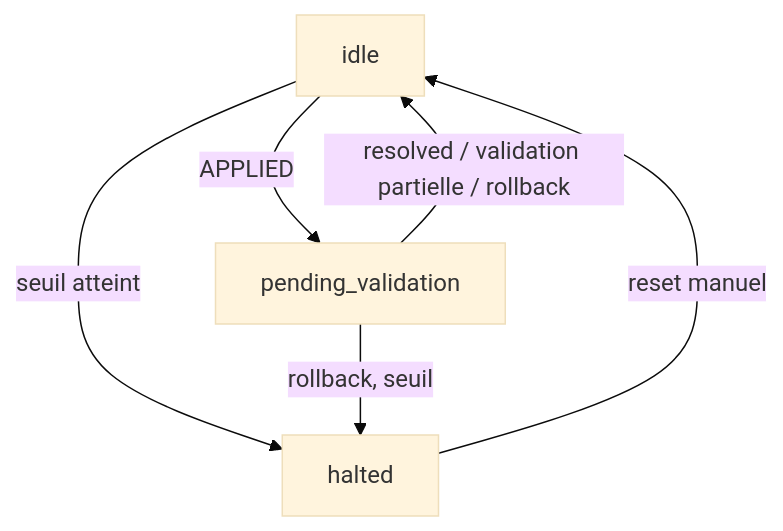
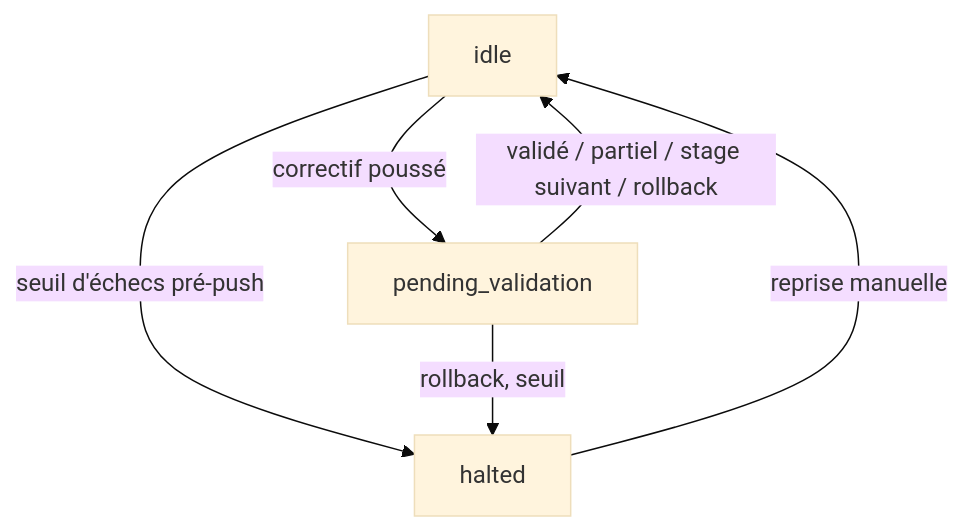
Before and after one commit to leuwen-lc/rhdemo: the first of 2 diagrams in rhDemo/docs/FIXCVE_AUTO.md, drawn with Mermaid (base theme). The commit also changed other lines of this file and 3 other files, not shown here.

````diff
--- a/rhDemo/docs/FIXCVE_AUTO.md
+++ b/rhDemo/docs/FIXCVE_AUTO.md
@@ -129,12 +97,12 @@
 ```mermaid
 flowchart TD
     IDLE["idle"]
     PEND["pending_validation"]
     HALT["halted"]
 
-    IDLE -- APPLIED --> PEND
-    PEND -- "resolved / validation partielle / rollback" --> IDLE
-    IDLE -- "seuil atteint" --> HALT
-    HALT -- "reset manuel" --> IDLE
+    IDLE -- "correctif poussé" --> PEND
+    PEND -- "validé / partiel / stage suivant / rollback" --> IDLE
+    IDLE -- "seuil d'échecs pré-push" --> HALT
     PEND -- "rollback, seuil" --> HALT
+    HALT -- "reprise manuelle" --> IDLE
 ```
````
